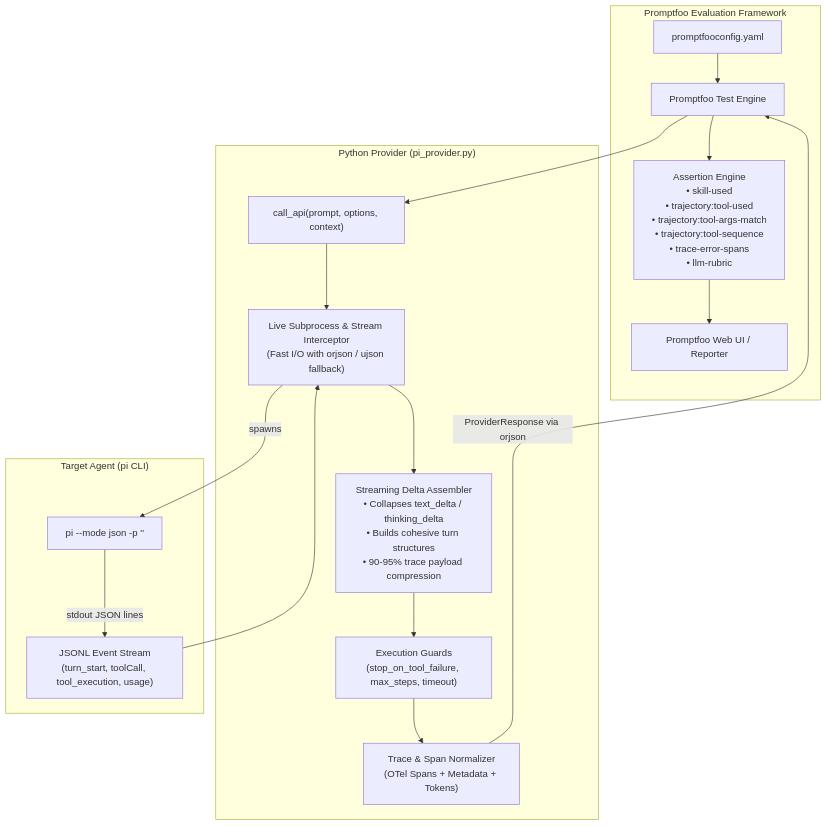
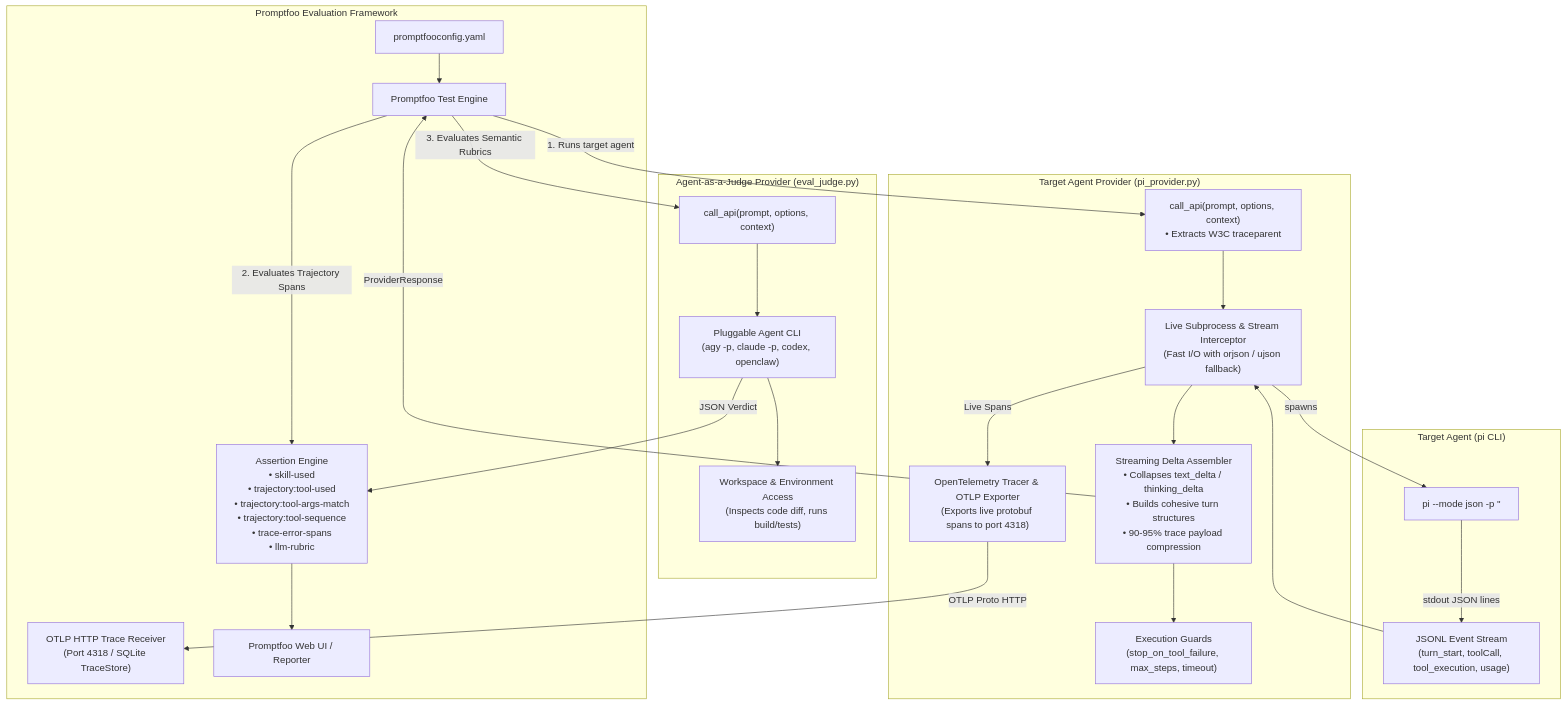
One commit to vptyp/promptfoo-eval-pi changed the first of 2 diagrams in ARCHITECTURE.md. Above: the diagram before and after it, drawn with Mermaid. The commit also changed other lines of this file, not shown here.

First line of the commit message:
[docs] Update ARCHITECTURE.md with live OTLP export and Agent-as-a-Judge pipeline

````diff
--- a/ARCHITECTURE.md
+++ b/ARCHITECTURE.md
@@ -9,35 +9,47 @@
 ```mermaid
 flowchart TD
     subgraph PF [Promptfoo Evaluation Framework]
         Config["promptfooconfig.yaml"]
         Runner["Promptfoo Test Engine"]
+        OTLPRecv["OTLP HTTP Trace Receiver\n(Port 4318 / SQLite TraceStore)"]
         UI["Promptfoo Web UI / Reporter"]
         Assertions["Assertion Engine\n• skill-used\n• trajectory:tool-used\n• trajectory:tool-args-match\n• trajectory:tool-sequence\n• trace-error-spans\n• llm-rubric"]
     end
 
-    subgraph Provider ["Python Provider (pi_provider.py)"]
-        Entry["call_api(prompt, options, context)"]
+    subgraph Provider ["Target Agent Provider (pi_provider.py)"]
+        Entry["call_api(prompt, options, context)\n• Extracts W3C traceparent"]
         StreamRunner["Live Subprocess & Stream Interceptor\n(Fast I/O with orjson / ujson fallback)"]
         DeltaAssembler["Streaming Delta Assembler\n• Collapses text_delta / thinking_delta\n• Builds cohesive turn structures\n• 90-95% trace payload compression"]
-        Normalizer["Trace & Span Normalizer\n(OTel Spans + Metadata + Tokens)"]
+        OTelExporter["OpenTelemetry Tracer & OTLP Exporter\n(Exports live protobuf spans to port 4318)"]
         Guard["Execution Guards\n(stop_on_tool_failure, max_steps, timeout)"]
+    end
+
+    subgraph JudgeProvider ["Agent-as-a-Judge Provider (eval_judge.py)"]
+        JudgeEntry["call_api(prompt, options, context)"]
+        JudgeCLI["Pluggable Agent CLI\n(agy -p, claude -p, codex, openclaw)"]
+        JudgeEnv["Workspace & Environment Access\n(Inspects code diff, runs build/tests)"]
     end
 
     subgraph Target ["Target Agent (pi CLI)"]
         PiProc["pi --mode json -p '<prompt>'"]
         JSONL["JSONL Event Stream\n(turn_start, toolCall, tool_execution, usage)"]
     end
 
     Config --> Runner
-    Runner --> Entry
+    Runner -->|1. Runs target agent| Entry
     Entry --> StreamRunner
     StreamRunner -->|spawns| PiProc
     PiProc -->|stdout JSON lines| JSONL
     JSONL --> StreamRunner
     StreamRunner --> DeltaAssembler
     DeltaAssembler --> Guard
-    Guard --> Normalizer
-    Normalizer -->|ProviderResponse via orjson| Runner
-    Runner --> Assertions
+    StreamRunner -->|Live Spans| OTelExporter
+    OTelExporter -->|OTLP Proto HTTP| OTLPRecv
+    DeltaAssembler -->|ProviderResponse| Runner
+    Runner -->|2. Evaluates Trajectory Spans| Assertions
+    Runner -->|3. Evaluates Semantic Rubrics| JudgeEntry
+    JudgeEntry --> JudgeCLI
+    JudgeCLI --> JudgeEnv
+    JudgeCLI -->|JSON Verdict| Assertions
     Assertions --> UI
 ```
````
